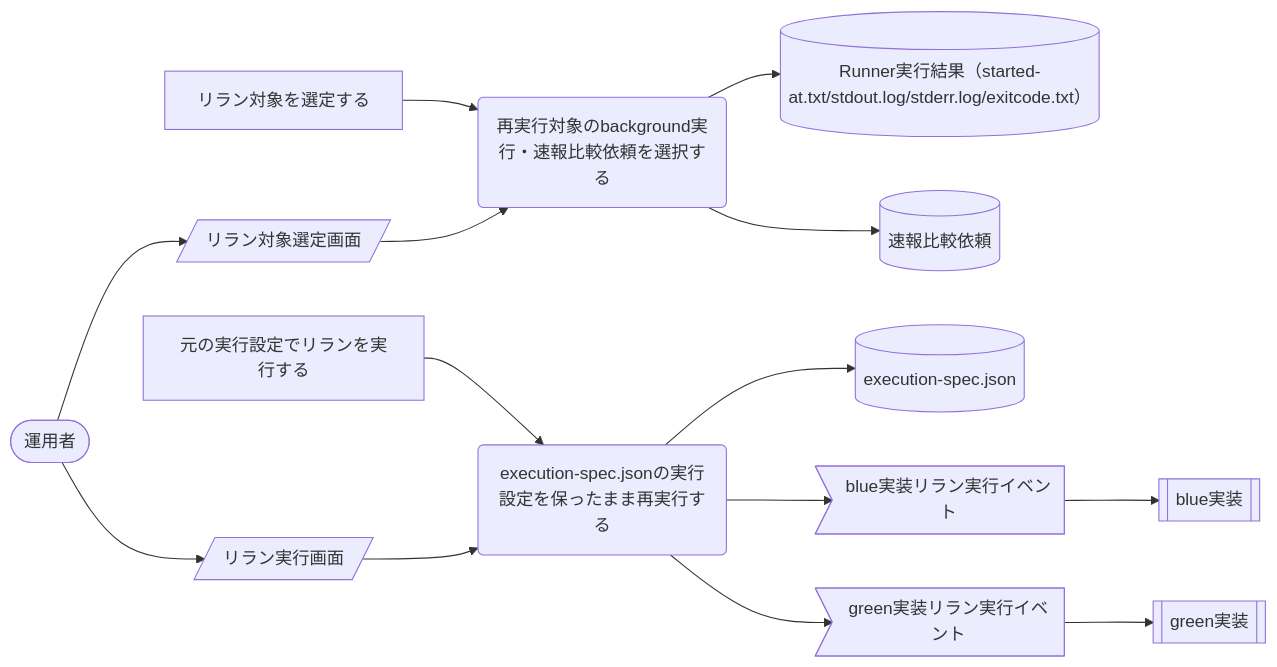
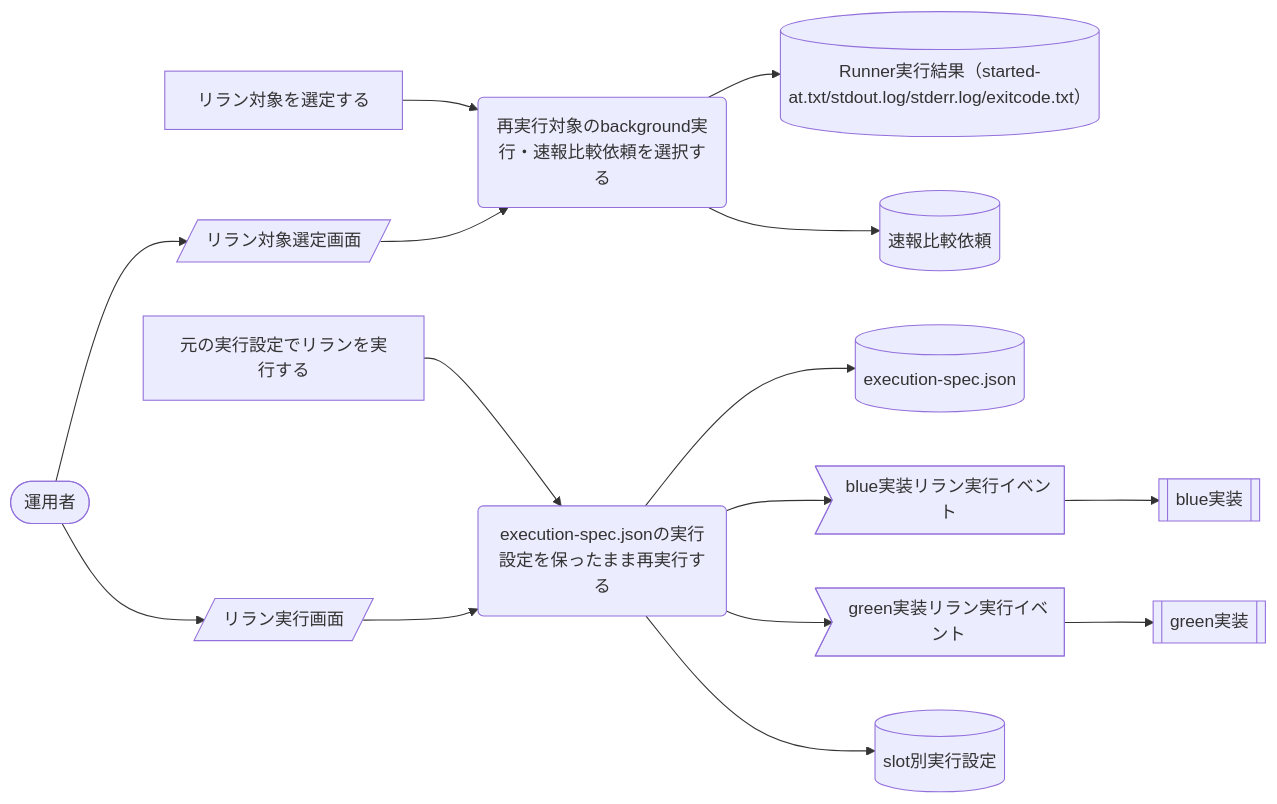
One commit to suwa-sh/relay-gate changed the ninth of 9 diagrams in docs/rdra/latest/views/04_UC複合図.md. Above: the diagram before and after it, drawn with Mermaid. The commit also changed other lines of this file and 972 other files, not shown here.

````diff
--- a/docs/rdra/latest/views/04_UC複合図.md
+++ b/docs/rdra/latest/views/04_UC複合図.md
@@ -356,30 +365,32 @@
 ```mermaid
 graph LR
   UC1("再実行対象のbackground実行・速報比較依頼を選択する")
   AT1["リラン対象を選定する"]
   IF1[("Runner実行結果（started-at.txt/stdout.log/stderr.log/exitcode.txt）")]
   IF2[("速報比較依頼")]
   SC1[/"リラン対象選定画面"/]
   AC1(["運用者"])
   UC2("execution-spec.jsonの実行設定を保ったまま再実行する")
   AT2["元の実行設定でリランを実行する"]
   IF3[("execution-spec.json")]
   SC2[/"リラン実行画面"/]
   EV1>"blue実装リラン実行イベント"]
   EX1[["blue実装"]]
   EV2>"green実装リラン実行イベント"]
   EX2[["green実装"]]
+  IF4[("slot別実行設定")]
   AT1 --> UC1
   UC1 --> IF1
   UC1 --> IF2
   AC1 --> SC1
   SC1 --> UC1
   AT2 --> UC2
   UC2 --> IF3
   AC1 --> SC2
   SC2 --> UC2
   UC2 --> EV1
   EV1 --> EX1
   UC2 --> EV2
   EV2 --> EX2
+  UC2 --> IF4
 ```
````
